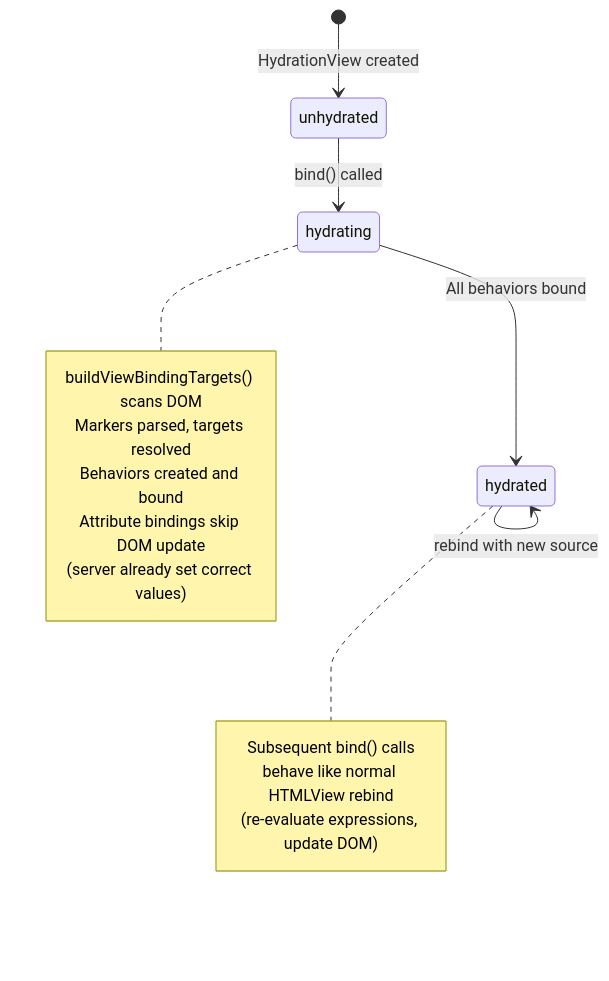
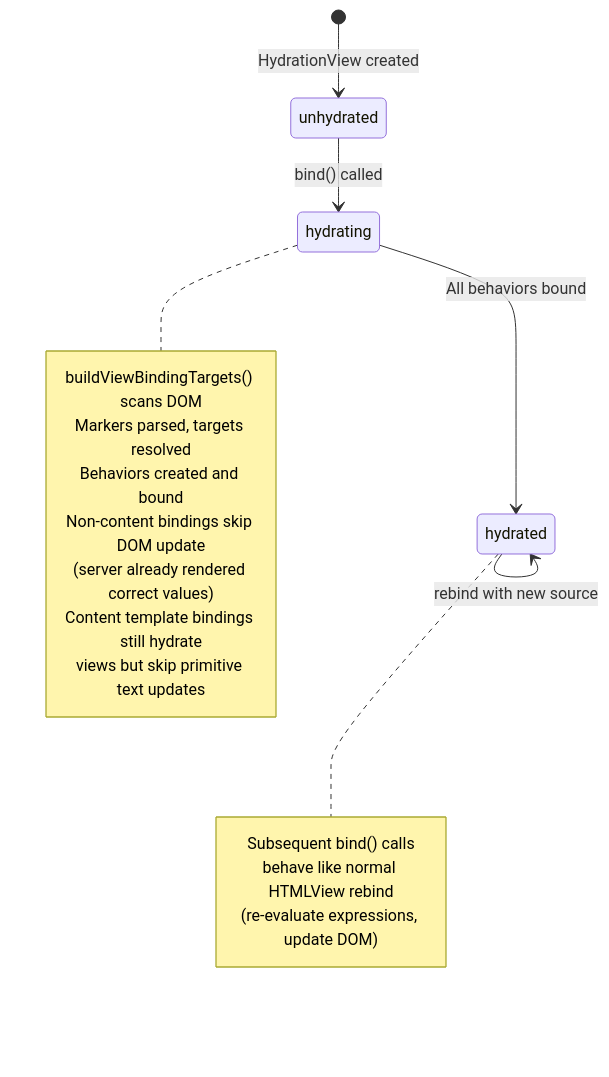
One commit to microsoft/fast changed diagram 12 of 12 in packages/fast-element/src/templating/TEMPLATE-BINDINGS.md. Above: the diagram before and after it, drawn with Mermaid. The commit also changed other lines of this file and 4 other files, not shown here.

First line of the commit message:
feat: trust rendered content during hydration binding

````diff
--- a/packages/fast-element/src/templating/TEMPLATE-BINDINGS.md
+++ b/packages/fast-element/src/templating/TEMPLATE-BINDINGS.md
@@ -480,22 +480,24 @@
 ```mermaid
 stateDiagram-v2
     [*] --> unhydrated: HydrationView created
 
     unhydrated --> hydrating: bind() called
     note right of hydrating
         buildViewBindingTargets() scans DOM
         Markers parsed, targets resolved
         Behaviors created and bound
-        Attribute bindings skip DOM update
-        (server already set correct values)
+        Non-content bindings skip DOM update
+        (server already rendered correct values)
+        Content template bindings still hydrate
+        views but skip primitive text updates
     end note
 
     hydrating --> hydrated: All behaviors bound
     note right of hydrated
         Subsequent bind() calls
         behave like normal HTMLView rebind
         (re-evaluate expressions, update DOM)
     end note
 
     hydrated --> hydrated: rebind with new source
 ```
````
